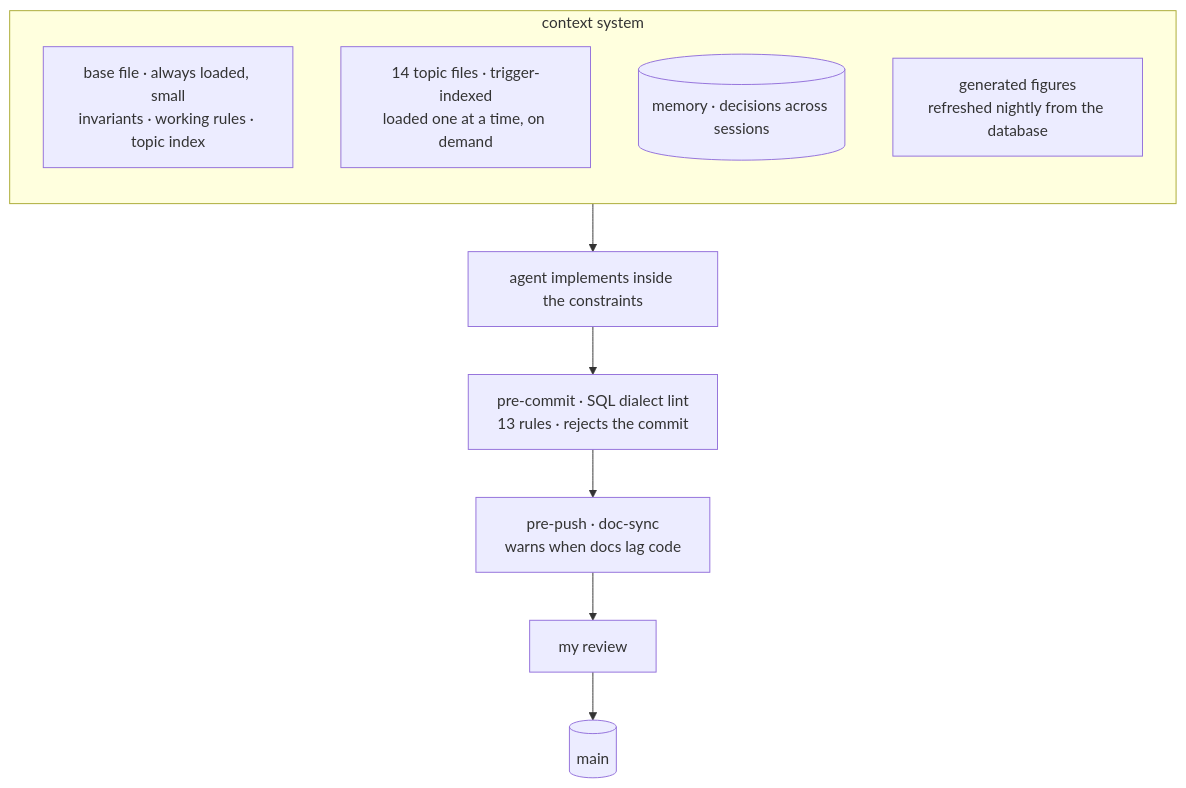
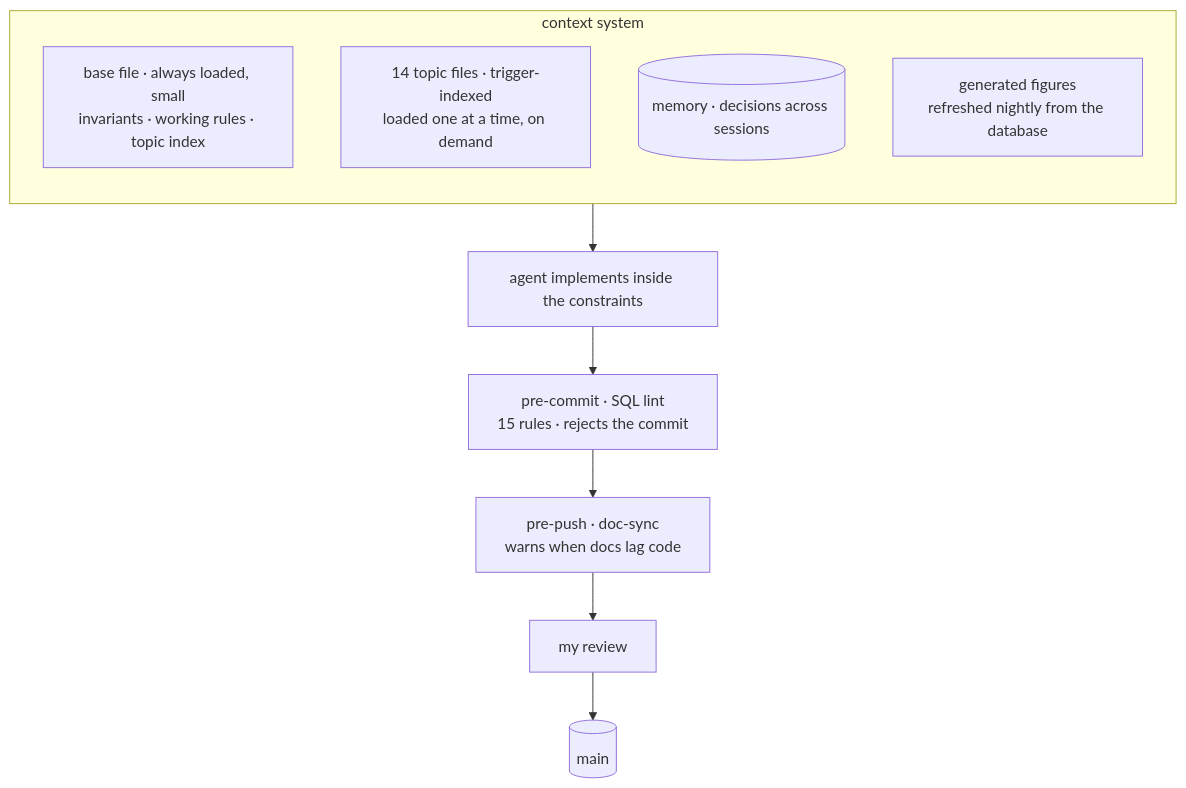
One commit to klauslila/skaisearch-showcase changed the ninth of 9 diagrams in README.md. Above: the diagram before and after it, drawn with Mermaid. The commit also changed other lines of this file, not shown here.

First line of the commit message:
README: storage section, 15 lint rules, retired db. host, holidays per state

````diff
--- a/README.md
+++ b/README.md
@@ -414,15 +428,15 @@
 ```mermaid
 flowchart TD
   subgraph CTX["context system"]
     direction TB
     BASE["base file · always loaded, small<br/>invariants · working rules · topic index"]
     TOPIC["14 topic files · trigger-indexed<br/>loaded one at a time, on demand"]
     MEM[("memory · decisions across sessions")]
     STAT["generated figures<br/>refreshed nightly from the database"]
   end
   CTX --> AG["agent implements inside the constraints"]
-  AG --> LINT["pre-commit · SQL dialect lint<br/>13 rules · rejects the commit"]
+  AG --> LINT["pre-commit · SQL lint<br/>15 rules · rejects the commit"]
   LINT --> DOC["pre-push · doc-sync<br/>warns when docs lag code"]
   DOC --> REV["my review"]
   REV --> MAIN[("main")]
 ```
````
